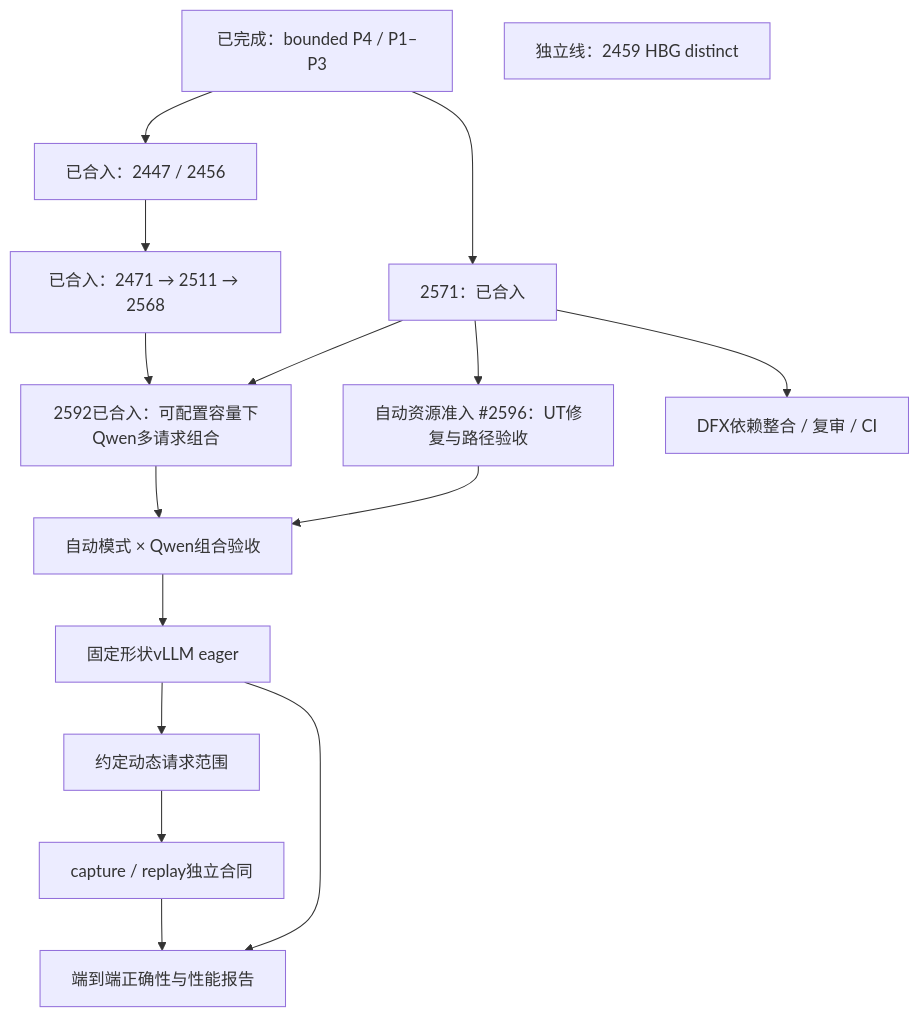
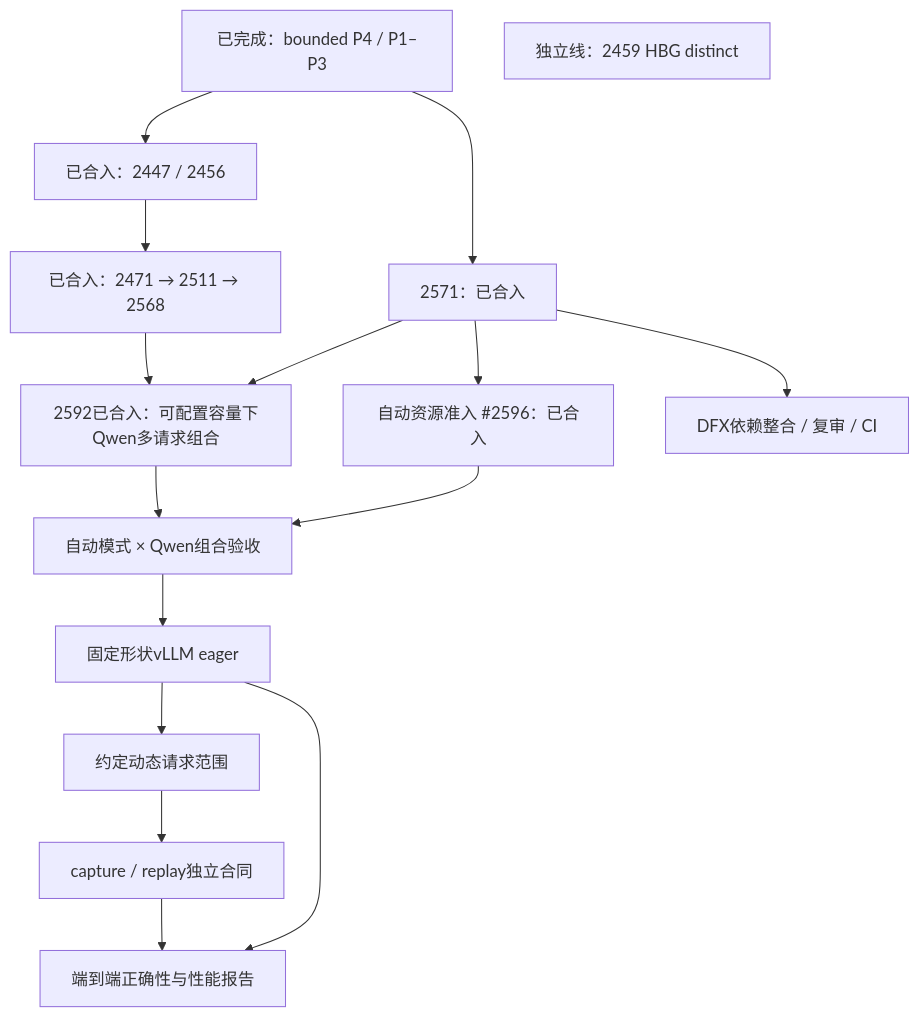
The diagram in references/pipeline-a/run-pipeline-track-a.md (ChaoWao/simpler-fork), drawn with Mermaid before and after one commit. The commit also changed other lines of this file and 11 other files, not shown here.

````diff
--- a/references/pipeline-a/run-pipeline-track-a.md
+++ b/references/pipeline-a/run-pipeline-track-a.md
@@ -69,18 +77,18 @@
 ```mermaid
 flowchart TD
   S1[已完成：bounded P4 / P1–P3] --> S2[已合入：2447 / 2456]
   S2 --> S3[已合入：2471 → 2511 → 2568]
   S1 --> R1[2571：已合入]
-  R1 --> A[自动资源准入 #2596：UT修复与路径验收]
+  R1 --> A[自动资源准入 #2596：已合入]
   A --> C[自动模式 × Qwen组合验收]
   R1 --> Q[2592已合入：可配置容量下Qwen多请求组合]
   S3 --> Q
   Q --> C
   R1 --> D[DFX依赖整合 / 复审 / CI]
   C --> E[固定形状vLLM eager]
   E --> F[约定动态请求范围]
   F --> G[capture / replay独立合同]
   E --> H[端到端正确性与性能报告]
   G --> H
   X[独立线：2459 HBG distinct]
 ```
````
